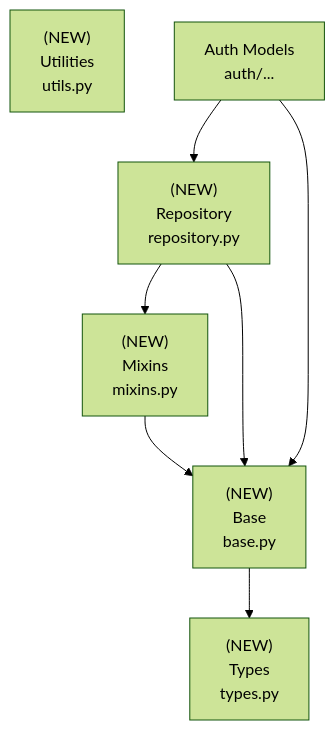
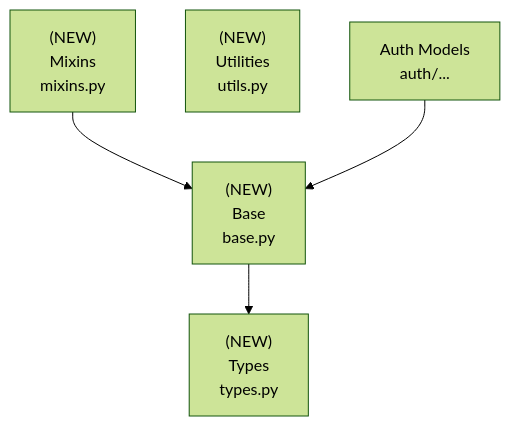
Before and after one commit to mplemay/belgie: the third of 3 diagrams in design/004-alchemy-module.md, drawn with Mermaid (forest theme). The commit also changed other lines of this file and 5 other files, not shown here.

````diff
--- a/design/004-alchemy-module.md
+++ b/design/004-alchemy-module.md
@@ -161,16 +116,12 @@
 ```mermaid
 graph TD
     Base["(NEW)<br/>Base<br/>base.py"]
     Mixins["(NEW)<br/>Mixins<br/>mixins.py"]
     Types["(NEW)<br/>Types<br/>types.py"]
-    Repo["(NEW)<br/>Repository<br/>repository.py"]
     Utils["(NEW)<br/>Utilities<br/>utils.py"]
     AuthModels["Auth Models<br/>auth/..."]
 
     Base --> Types
     Mixins --> Base
-    Repo --> Base
-    Repo --> Mixins
     AuthModels --> Base
-    AuthModels --> Repo
 ```
````
